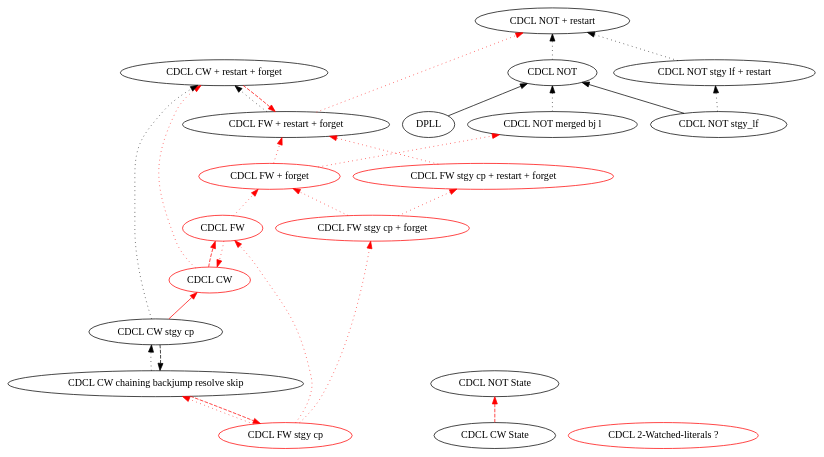
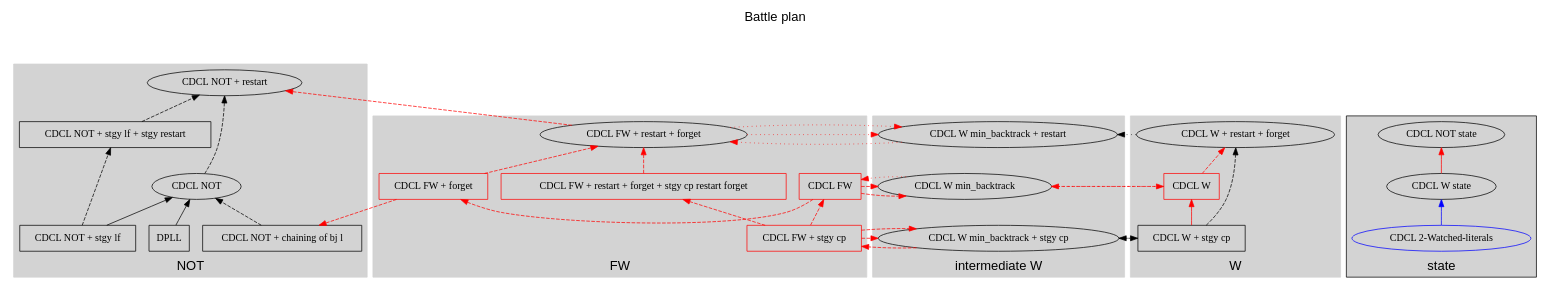
One commit to IsaFoL/IsaFoL changed the diagram in Weidenbach_Book/CDCL.dot. Above: the diagram before and after it, drawn with Graphviz.

Commit message:
improving dot file

```diff
--- a/Weidenbach_Book/CDCL.dot
+++ b/Weidenbach_Book/CDCL.dot
@@ -1,75 +1,120 @@
 //dot -o CDCL.pdf -Tpdf CDCL.dot
-digraph CDCL {
-  rankdir=BT;
-  subgraph cw {
-    style=invisible;
-  	CDCL_NOT_restart [label = "CDCL NOT + restart"];
-  	CDCL_NOT [label = "CDCL NOT"];
-  	CDCL_NOT_stgy [label = "CDCL NOT stgy_lf"];
-  	CDCL_NOT_stgy_restart[label = "CDCL NOT stgy lf + restart"];
-  	CDCL_NOT_merged [label = "CDCL NOT merged bj l"];
-  	DPLL [label = "DPLL"];
-  }
+strict digraph CDCL {
+	rankdir=BT;
+	graph [label="Battle plan\n\n\n", labelloc=t; labeljust=center, fontname=Helvetica, fontsize=18];
+	newrank=true;
+	
+	subgraph cluster_not {
+		label="NOT";
+		style=filled;
+		color=lightgrey;
+  		CDCL_NOT_restart [label="CDCL NOT + restart"];
+  		CDCL_NOT [label="CDCL NOT"];
+  		CDCL_NOT_stgy [label="CDCL NOT + stgy lf", shape=box];
+  		CDCL_NOT_stgy_restart[label="CDCL NOT + stgy lf + stgy restart", shape=box];
+  		CDCL_NOT_merged [label="CDCL NOT + chaining of bj l", shape=box];
+  		DPLL [label="DPLL", shape=box];
+	}
 
 	CDCL_NOT_stgy -> CDCL_NOT;
-	CDCL_NOT -> CDCL_NOT_restart [style = dotted];
-	CDCL_NOT_stgy -> CDCL_NOT_stgy_restart [style = dotted];
-	CDCL_NOT_stgy_restart -> CDCL_NOT_restart [style = dotted];
+	CDCL_NOT -> CDCL_NOT_restart [style=dashed];
+	CDCL_NOT_stgy -> CDCL_NOT_stgy_restart [style=dashed];
+	CDCL_NOT_stgy_restart -> CDCL_NOT_restart [style=dashed];
 	DPLL -> CDCL_NOT;
 
-	CDCL_NOT_merged -> CDCL_NOT [style =dotted];
+	CDCL_NOT_merged -> CDCL_NOT [style=dashed];
 
-	subgraph fw {
-    style=invisible;
-    CDCL_FW [label="CDCL FW", color = red];
-	  CDCL_FW_stgy [label="CDCL FW stgy cp", color=red];
-	  CDCL_FW_forget [label="CDCL FW + forget", color=red];
-	  CDCL_FW_stgy_forget [label="CDCL FW stgy cp + forget", color=red];
+	subgraph cluster_fw {
+		style=filled;
+		color=lightgrey;
+		label="FW";
+		CDCL_FW [label="CDCL FW", color=red, shape=box];
+		CDCL_FW_stgy [label="CDCL FW + stgy cp", color=red, shape=box];
+		CDCL_FW_forget [label="CDCL FW + forget", color=red, shape=box];
 
-	  CDCL_FW_forget_restart [label = "CDCL FW + restart + forget"];
-	  CDCL_FW_stgy_forget_restart [label = "CDCL FW stgy cp + restart + forget", color=red];
+		CDCL_FW_forget_restart [label="CDCL FW + restart + forget"];
+		CDCL_FW_stgy_forget_restart [label="CDCL FW + restart + forget + stgy cp restart forget", color=red, shape=box];
+	}
+	
+	subgraph cluster_w_fw {
+		label="intermediate W";
+		style=filled;
+		color=lightgrey;
+		CDCL_W_merge_bj_restart[label="CDCL W min_backtrack + restart"];
+		CDCL_W_merge_bj[label="CDCL W min_backtrack"];
+		CDCL_W_stgy_merge_bj[label="CDCL W min_backtrack + stgy cp"];
 	}
 
-	CDCL_FW_stgy_forget -> CDCL_FW_stgy_forget_restart -> CDCL_FW_forget_restart [style
-	= dotted, color=red];
-	CDCL_FW_forget -> CDCL_NOT_merged [style = dotted, color=red];
-	CDCL_FW_stgy_forget -> CDCL_FW_forget [style = dotted, color=red];
-	CDCL_FW_forget -> CDCL_FW_forget_restart [style = dotted, color=red];
-	CDCL_FW_forget_restart -> CDCL_NOT_restart [style = dotted, color =red];
-        CDCL_FW_stgy -> CDCL_FW_stgy_forget [style=dotted, color=red];
-	CDCL_FW -> CDCL_FW_forget [style=dotted, color=red];
-	CDCL_FW_stgy ->  CDCL_FW[style=dotted, color=red];
-
-	subgraph cw {
-    style=invisible;
-    CDCL_CW_forget_restart [label = "CDCL CW + restart + forget"];
-	  CDCL_CW [label = "CDCL CW", color = red];
-	  CDCL_CW_stgy [label = "CDCL CW stgy cp"];
-	  CDCL_CW_stgy_merge_bj[label = "CDCL CW chaining backjump resolve skip"];
-	}
-	CDCL_CW -> CDCL_CW_forget_restart[color = red, style = dotted];
-	CDCL_FW_forget_restart -> CDCL_CW_forget_restart[style = dotted];
-	CDCL_CW_forget_restart -> CDCL_FW_forget_restart[style = dashed, color = red];
-	CDCL_CW_stgy -> CDCL_CW_forget_restart[style = dotted];
-	CDCL_CW_stgy -> CDCL_CW[color = red];
-	CDCL_CW -> CDCL_FW[style=dashed, color = red];
-	CDCL_FW -> CDCL_CW[color =red, style=dotted];
-
-	CDCL_CW_stgy -> CDCL_CW_stgy_merge_bj[style=dashed];
-	CDCL_CW_stgy_merge_bj -> CDCL_FW_stgy[color=red, style=dashed];
-	CDCL_FW_stgy -> CDCL_CW_stgy_merge_bj[color=red, style=dotted];
-	CDCL_CW_stgy_merge_bj -> CDCL_CW_stgy[style=dotted];
+	CDCL_FW_stgy_forget_restart -> CDCL_FW_forget_restart [style=dashed, color=red];
+	CDCL_FW_forget -> CDCL_NOT_merged [style=dashed, color=red];
+	CDCL_FW_forget -> CDCL_FW_forget_restart [style=dashed, color=red];
+	CDCL_FW_forget_restart -> CDCL_NOT_restart [style=dashed, color=red];
+	CDCL_FW -> CDCL_FW_forget [style=dashed, color=red];
+	CDCL_FW_stgy ->  CDCL_FW[style=dashed, color=red];
+	CDCL_FW_stgy ->  CDCL_FW_stgy_forget_restart[style=dashed, color=red];
 
 
-	subgraph state {
-    style=invisible;
-    CDCL_NOT_state [label = "CDCL NOT State"];
-    CDCL_CW_state [label = "CDCL CW State"];
-  }
+	subgraph cluster_cw {
+		label="W";
+		style=filled;
+		color=lightgrey;
+		CDCL_W_forget_restart [label="CDCL W + restart + forget"];
+		CDCL_W [label="CDCL W", color=red, shape=box];
+		CDCL_W_stgy [label="CDCL W + stgy cp", shape=box];
+	}
+	CDCL_W -> CDCL_W_forget_restart[color=red, style=dashed];
+	CDCL_FW_forget_restart -> CDCL_W_merge_bj_restart[style=dotted, color=red];
+	CDCL_W_merge_bj_restart -> CDCL_FW_forget_restart[style=dotted, color=red];
+	CDCL_W_stgy -> CDCL_W_forget_restart[style=dashed];
+	CDCL_W_stgy -> CDCL_W[color=red];
 
-  CDCL_CW_state -> CDCL_NOT_state[style=dashed, color = red];
+	
+	CDCL_W -> CDCL_W_merge_bj[style=dotted, color=red];
+	CDCL_W_merge_bj -> CDCL_FW[style=dotted, color=red];
+	CDCL_FW -> CDCL_W_merge_bj[style=dashed, color=red];
+	CDCL_W_merge_bj -> CDCL_W[color=red, style=dashed];
 
+	CDCL_W_stgy -> CDCL_W_stgy_merge_bj[style=dotted];
+	CDCL_W_stgy_merge_bj -> CDCL_W_stgy[style=dashed];
+	CDCL_FW_stgy -> CDCL_W_stgy_merge_bj[color=red, style=dashed];
+	CDCL_W_stgy_merge_bj -> CDCL_FW_stgy[color=red, style=dashed];
+	CDCL_W_forget_restart -> CDCL_W_merge_bj_restart[style=dotted];
 
-	CDCL_WL [label = "CDCL 2-Watched-literals ?", color = red];
+	subgraph cluster_state {
+		label="state";
+		style=filled;
+		CDCL_NOT_state [label="CDCL NOT state"];
+		CDCL_W_state [label="CDCL W state"];
+		CDCL_WL [label="CDCL 2-Watched-literals", color=blue];
+	}
 
+	CDCL_W_state -> CDCL_NOT_state[color=red];
+	CDCL_WL -> CDCL_W_state[color=blue];
+	
+	{rank=min;
+		CDCL_W;
+		CDCL_FW;
+		CDCL_NOT;
+		CDCL_W_merge_bj;
+		
+		
+		};
+
+	{rank=same;
+		CDCL_W_forget_restart;
+		CDCL_FW_forget_restart;
+		CDCL_W_merge_bj_restart;
+		
+	}
+
+	{rank=max
+		CDCL_W_stgy_merge_bj
+		CDCL_W_stgy
+		CDCL_FW_stgy
+	}
+
+	{rank=same
+		CDCL_NOT
+		CDCL_FW_forget
+	}
 }
```
